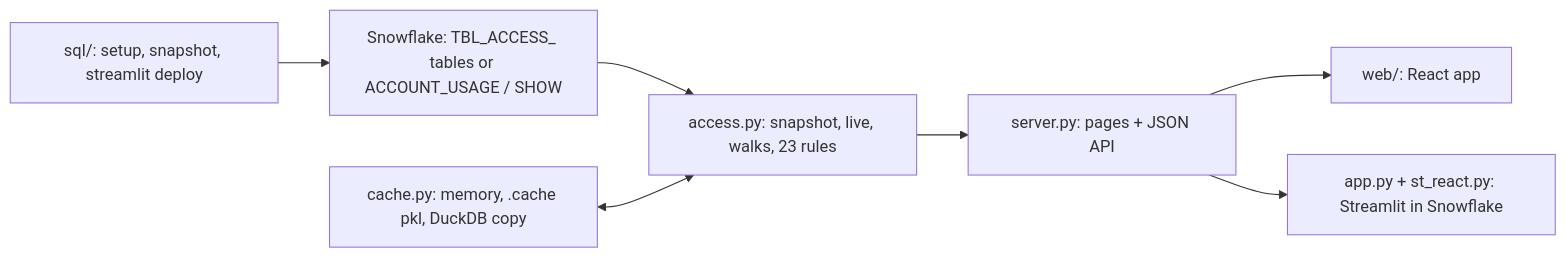
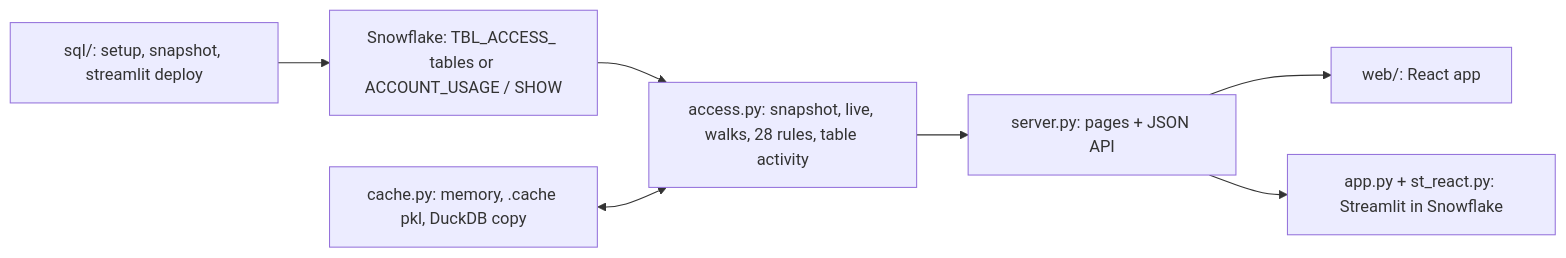
The diagram in snowflake-access-explorer-knowledge-graph/index.md (darshanmeel/snowflake-access-explorer), drawn with Mermaid before and after one commit. The commit also changed other lines of this file and 106 other files, not shown here.

First line of the commit message:
Docs and knowledge graph for Activity; setup verify expects 11 tables

````diff
--- a/snowflake-access-explorer-knowledge-graph/index.md
+++ b/snowflake-access-explorer-knowledge-graph/index.md
@@ -7,9 +8,9 @@
 ```mermaid
 flowchart LR
-  SF[Snowflake: TBL_ACCESS_ tables or ACCOUNT_USAGE / SHOW] --> ACC[access.py: snapshot, live, walks, 23 rules]
+  SF[Snowflake: TBL_ACCESS_ tables or ACCOUNT_USAGE / SHOW] --> ACC[access.py: snapshot, live, walks, 28 rules, table activity]
   CACHE[cache.py: memory, .cache pkl, DuckDB copy] <--> ACC
   ACC --> SRV[server.py: pages + JSON API]
   SRV --> WEB[web/: React app]
   SRV --> ST[app.py + st_react.py: Streamlit in Snowflake]
   SQL[sql/: setup, snapshot, streamlit deploy] --> SF
 ```
````
